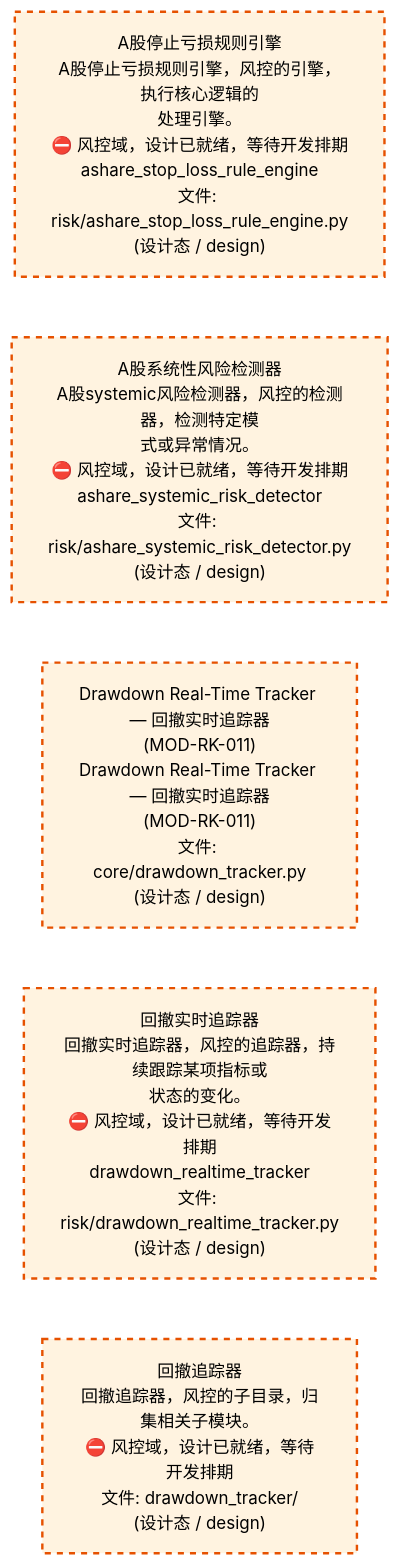
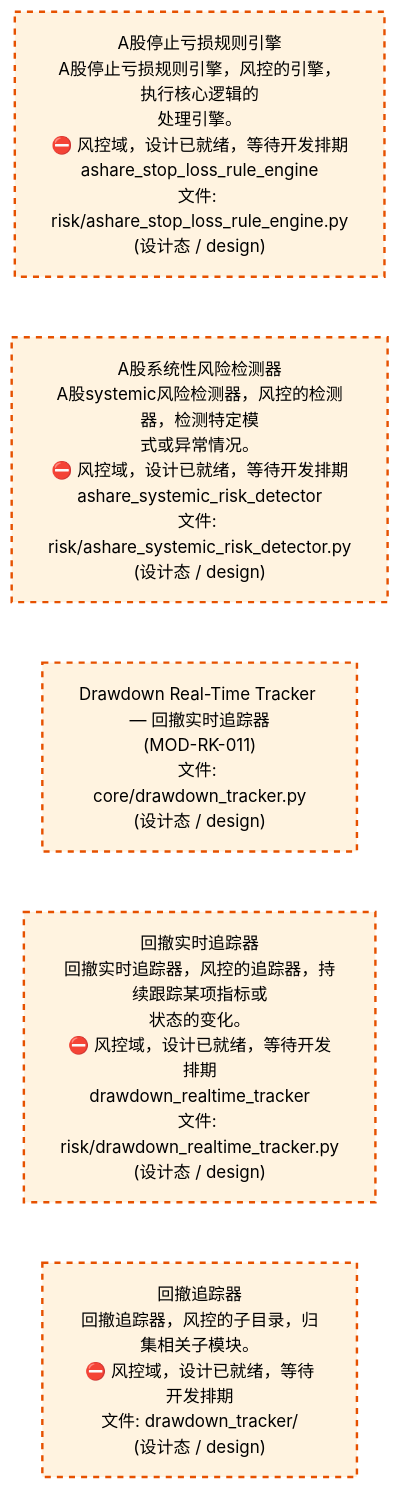
Before and after one commit to xuanFelixVan/ZephyrAlpha: the third of 4 diagrams in docs/02_enterprise_architecture/02_domain_architecture_docs/65_d_risk.md, drawn with Mermaid. The commit also changed other lines of this file and 60 other files, not shown here.

````diff
--- a/docs/02_enterprise_architecture/02_domain_architecture_docs/65_d_risk.md
+++ b/docs/02_enterprise_architecture/02_domain_architecture_docs/65_d_risk.md
@@ -183,18 +183,18 @@
 ```mermaid
 %%{init: {'theme': 'base', 'themeVariables': {'primaryColor': '#eaeaea', 'primaryTextColor': '#333333', 'primaryBorderColor': '#666666', 'lineColor': '#666666', 'secondaryColor': '#eaeaea', 'tertiaryColor': '#eaeaea', 'fontSize': '14px'}}}%%
 flowchart TD
     src_zephyr_risk_ashare_stop_loss_rule_engine_py["A股停止亏损规则引擎<br/>A股停止亏损规则引擎，风控的引擎，执行核心逻辑的<br/>处理引擎。<br/>⛔ 风控域，设计已就绪，等待开发排期<br/>ashare_stop_loss_rule_engine<br/>文件: risk/ashare_stop_loss_rule_engine.py<br/>(设计态 / design)"]
     src_zephyr_risk_ashare_systemic_risk_detector_py["A股系统性风险检测器<br/>A股systemic风险检测器，风控的检测器，检测特定模<br/>式或异常情况。<br/>⛔ 风控域，设计已就绪，等待开发排期<br/>ashare_systemic_risk_detector<br/>文件: risk/ashare_systemic_risk_detector.py<br/>(设计态 / design)"]
-    src_zephyr_risk_core_drawdown_tracker_py["Drawdown Real-Time Tracker — 回撤实时追踪器<br/>(MOD-RK-011)<br/>Drawdown Real-Time Tracker — 回撤实时追踪器<br/>(MOD-RK-011)<br/>文件: core/drawdown_tracker.py<br/>(设计态 / design)"]
+    src_zephyr_risk_core_drawdown_tracker_py["Drawdown Real-Time Tracker — 回撤实时追踪器<br/>(MOD-RK-011)<br/>文件: core/drawdown_tracker.py<br/>(设计态 / design)"]
     src_zephyr_risk_drawdown_realtime_tracker_py["回撤实时追踪器<br/>回撤实时追踪器，风控的追踪器，持续跟踪某项指标或<br/>状态的变化。<br/>⛔ 风控域，设计已就绪，等待开发排期<br/>drawdown_realtime_tracker<br/>文件: risk/drawdown_realtime_tracker.py<br/>(设计态 / design)"]
     src_zephyr_risk_drawdown_tracker["回撤追踪器<br/>回撤追踪器，风控的子目录，归集相关子模块。<br/>⛔ 风控域，设计已就绪，等待开发排期<br/>文件: drawdown_tracker/<br/>(设计态 / design)"]
     src_zephyr_risk_ashare_stop_loss_rule_engine_py ~~~ src_zephyr_risk_ashare_systemic_risk_detector_py
     src_zephyr_risk_ashare_systemic_risk_detector_py ~~~ src_zephyr_risk_core_drawdown_tracker_py
     src_zephyr_risk_core_drawdown_tracker_py ~~~ src_zephyr_risk_drawdown_realtime_tracker_py
     src_zephyr_risk_drawdown_realtime_tracker_py ~~~ src_zephyr_risk_drawdown_tracker
     classDef production fill:#e1f5fe,stroke:#01579b,stroke-width:2px,color:#000
     classDef design fill:#fff3e0,stroke:#e65100,stroke-width:2px,color:#000,stroke-dasharray: 5 5
     classDef external_prod fill:#e8f4fd,stroke:#0277bd,stroke-width:1px,color:#000
     classDef external_design fill:#fff8e7,stroke:#ef6c00,stroke-width:1px,color:#000,stroke-dasharray: 5 5
     class src_zephyr_risk_ashare_stop_loss_rule_engine_py,src_zephyr_risk_ashare_systemic_risk_detector_py,src_zephyr_risk_core_drawdown_tracker_py,src_zephyr_risk_drawdown_realtime_tracker_py,src_zephyr_risk_drawdown_tracker design
 ```
````
